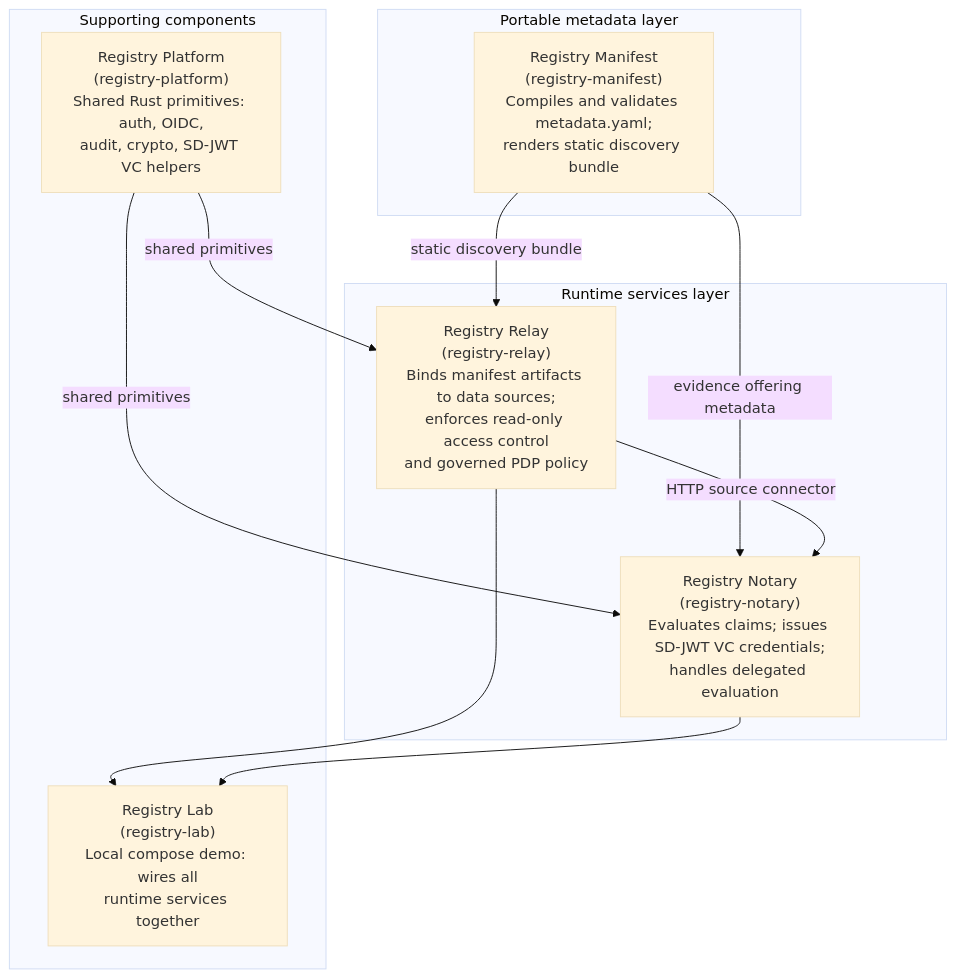
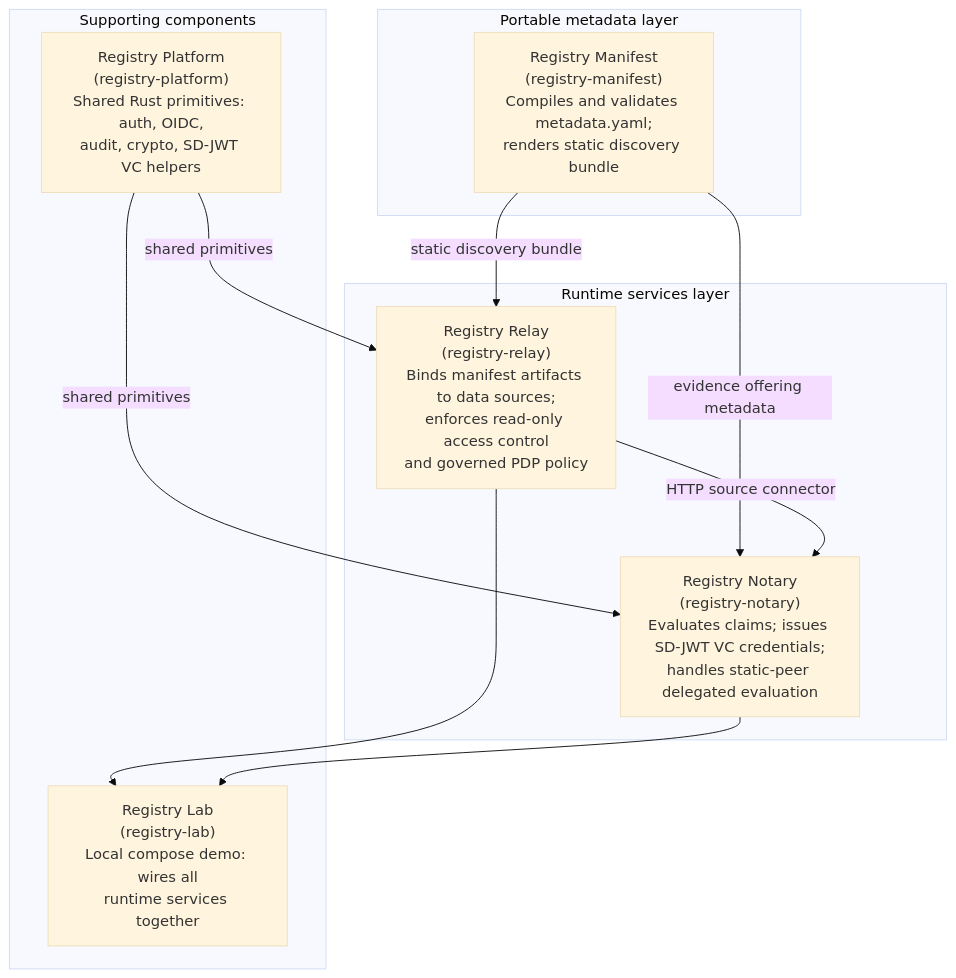
Before and after one commit to registrystack/registry-stack: the diagram in imports/registry-docs/src/content/docs/spec/rs-arc-g.mdx, drawn with Mermaid (base theme). The commit also changed other lines of this file and 3 other files, not shown here.

````diff
--- a/imports/registry-docs/src/content/docs/spec/rs-arc-g.mdx
+++ b/imports/registry-docs/src/content/docs/spec/rs-arc-g.mdx
@@ -82,23 +83,23 @@
 ```mermaid
 flowchart TD
     subgraph portable["Portable metadata layer"]
         manifest["Registry Manifest<br/>(registry-manifest)<br/>Compiles and validates metadata.yaml;<br/>renders static discovery bundle"]
     end
 
     subgraph runtime["Runtime services layer"]
         relay["Registry Relay<br/>(registry-relay)<br/>Binds manifest artifacts to data sources;<br/>enforces read-only access control<br/>and governed PDP policy"]
-        notary["Registry Notary<br/>(registry-notary)<br/>Evaluates claims; issues SD-JWT VC credentials;<br/>handles delegated evaluation"]
+        notary["Registry Notary<br/>(registry-notary)<br/>Evaluates claims; issues SD-JWT VC credentials;<br/>handles static-peer delegated evaluation"]
     end
 
     subgraph support["Supporting components"]
         platform["Registry Platform<br/>(registry-platform)<br/>Shared Rust primitives: auth, OIDC,<br/>audit, crypto, SD-JWT VC helpers"]
         lab["Registry Lab<br/>(registry-lab)<br/>Local compose demo: wires all<br/>runtime services together"]
     end
 
     manifest -- "static discovery bundle" --> relay
     manifest -- "evidence offering metadata" --> notary
     platform -- "shared primitives" --> relay
     platform -- "shared primitives" --> notary
     relay -- "HTTP source connector" --> notary
     relay & notary --> lab
 ```
````
